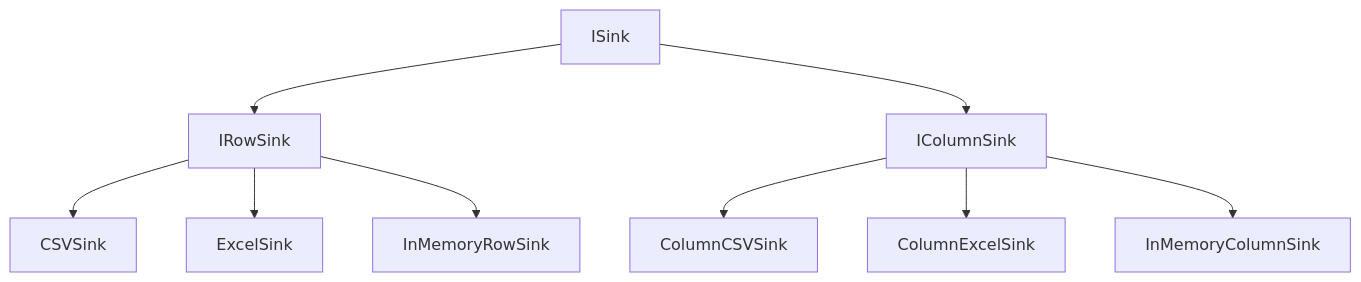
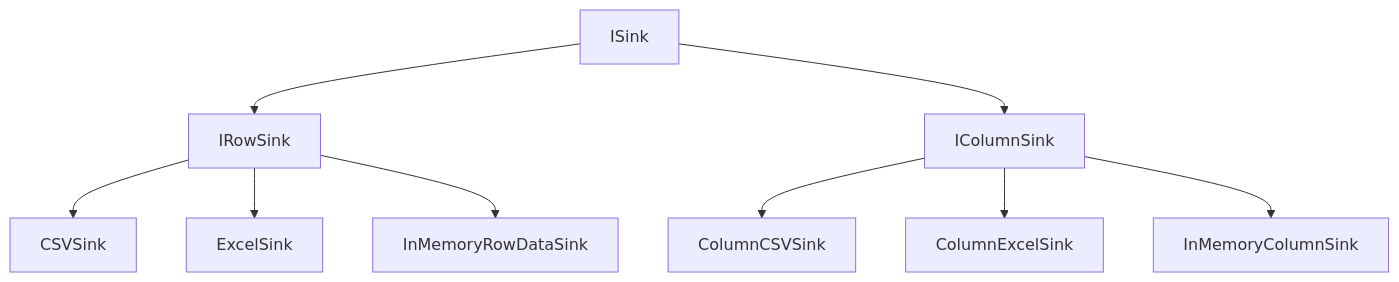
The eighth of 9 diagrams in docs/doc/architecture/arch.md (StrayDragon/scalim), drawn with Mermaid before and after one commit. The commit also changed 57 other files, not shown here.

````diff
--- a/docs/doc/architecture/arch.md
+++ b/docs/doc/architecture/arch.md
@@ -251,13 +251,13 @@
 ```mermaid
 flowchart TD
   IS[ISink] --> RS[IRowSink]
   IS --> CS[IColumnSink]
 
   RS --> CSV[CSVSink]
   RS --> Excel[ExcelSink]
-  RS --> MemR[InMemoryRowSink]
+  RS --> MemR[InMemoryRowDataSink]
 
   CS --> ColCSV[ColumnCSVSink]
   CS --> ColExcel[ColumnExcelSink]
   CS --> MemC[InMemoryColumnSink]
 ```
````
